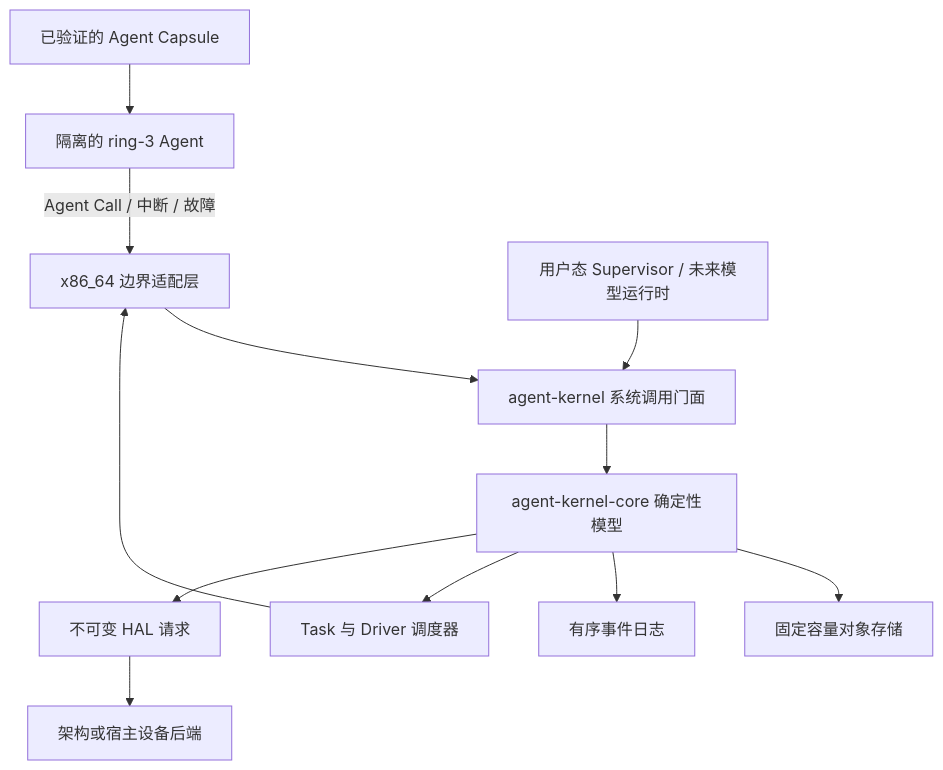
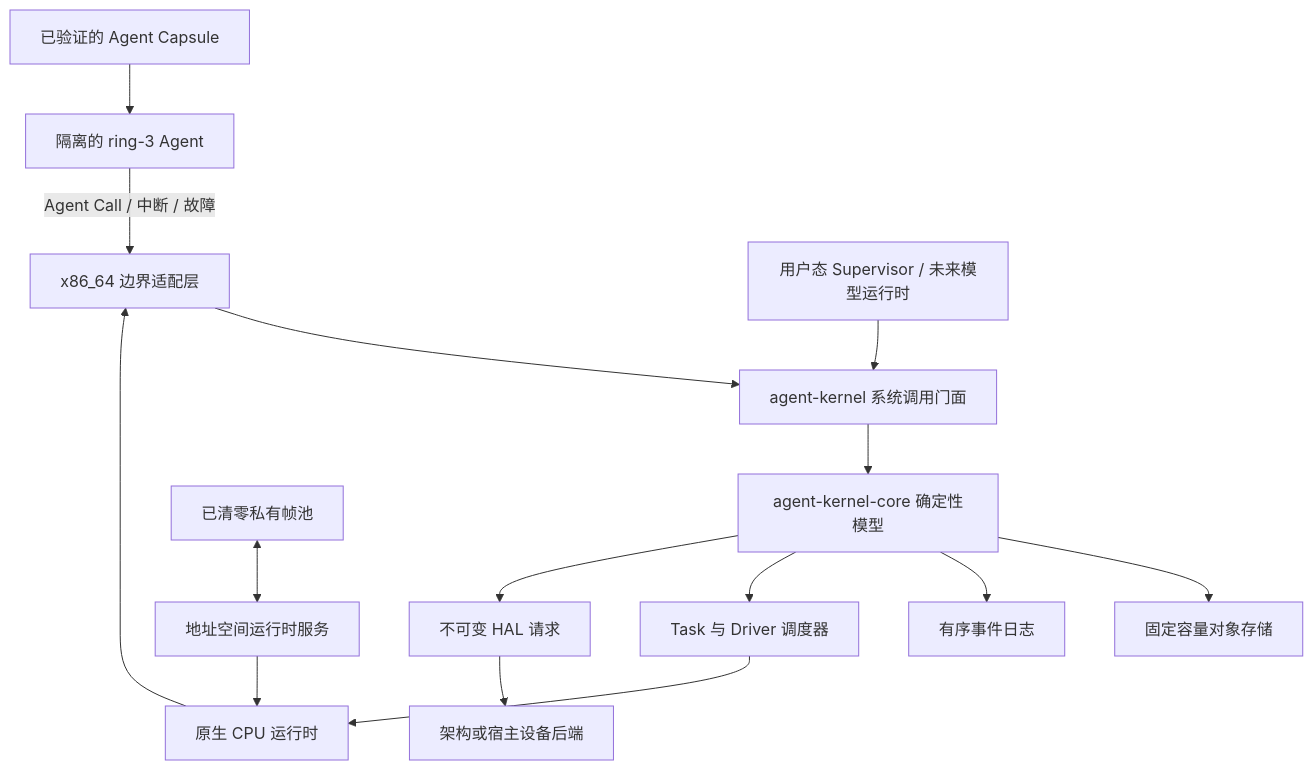
One commit to Evan-master/agent-kernel changed the diagram in README.zh-CN.md. Above: the diagram before and after it, drawn with Mermaid. The commit also changed other lines of this file and 23 other files, not shown here.

Commit message:
feat: add native address space runtime service

````diff
--- a/README.zh-CN.md
+++ b/README.zh-CN.md
@@ -104,14 +109,17 @@
 ```mermaid
 flowchart TB
     Capsule["已验证的 Agent Capsule"] --> Ring3["隔离的 ring-3 Agent"]
     Ring3 -->|"Agent Call / 中断 / 故障"| X86["x86_64 边界适配层"]
     X86 --> Facade["agent-kernel 系统调用门面"]
     Facade --> Core["agent-kernel-core 确定性模型"]
     Core --> Stores["固定容量对象存储"]
     Core --> Events["有序事件日志"]
     Core --> Scheduler["Task 与 Driver 调度器"]
-    Scheduler --> X86
+    Scheduler --> Runtime["原生 CPU 运行时"]
+    Runtime --> X86
+    FramePool["已清零私有帧池"] <--> AddressService["地址空间运行时服务"]
+    AddressService --> Runtime
     Core --> HAL["不可变 HAL 请求"]
     HAL --> Device["架构或宿主设备后端"]
     Supervisor["用户态 Supervisor / 未来模型运行时"] --> Facade
 ```
````
